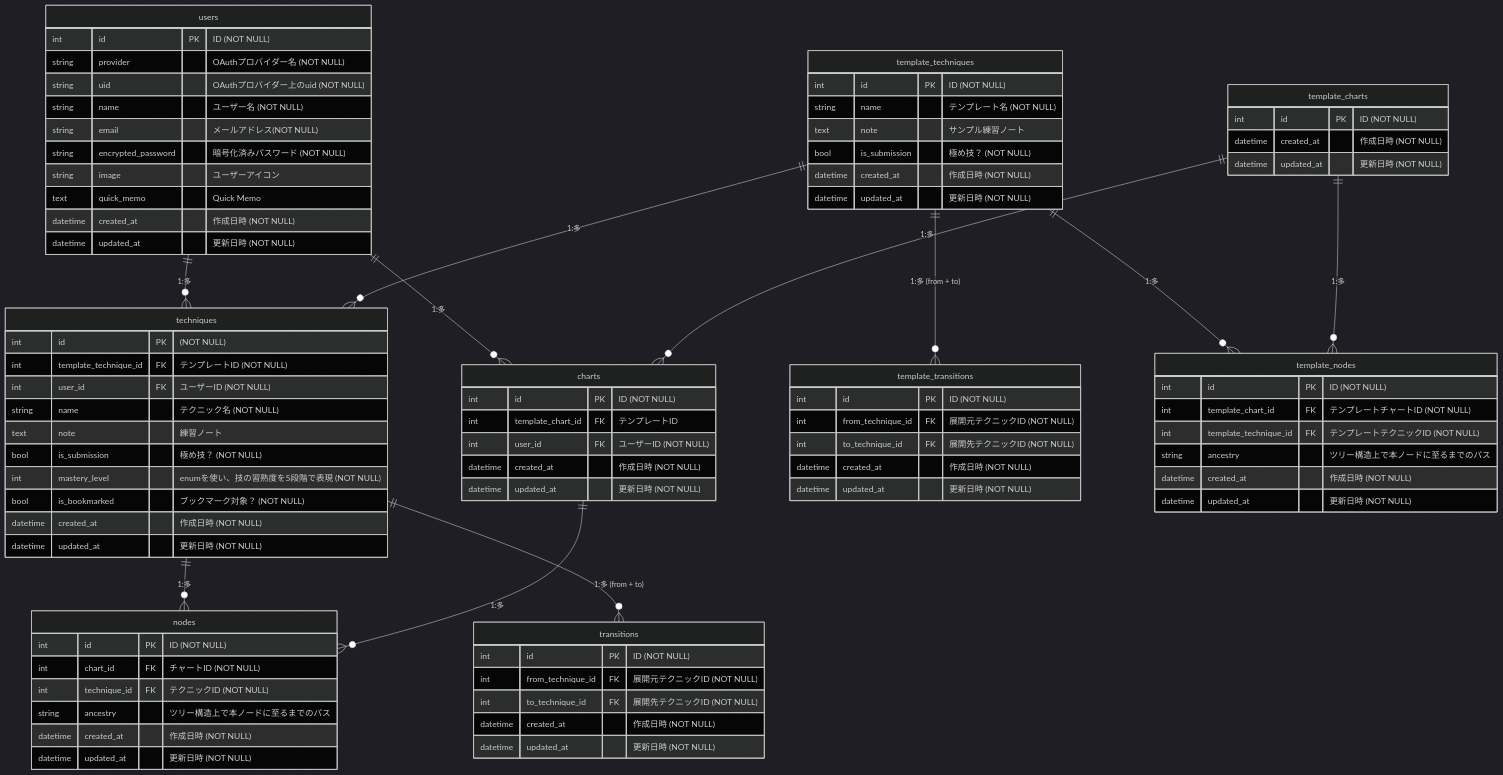
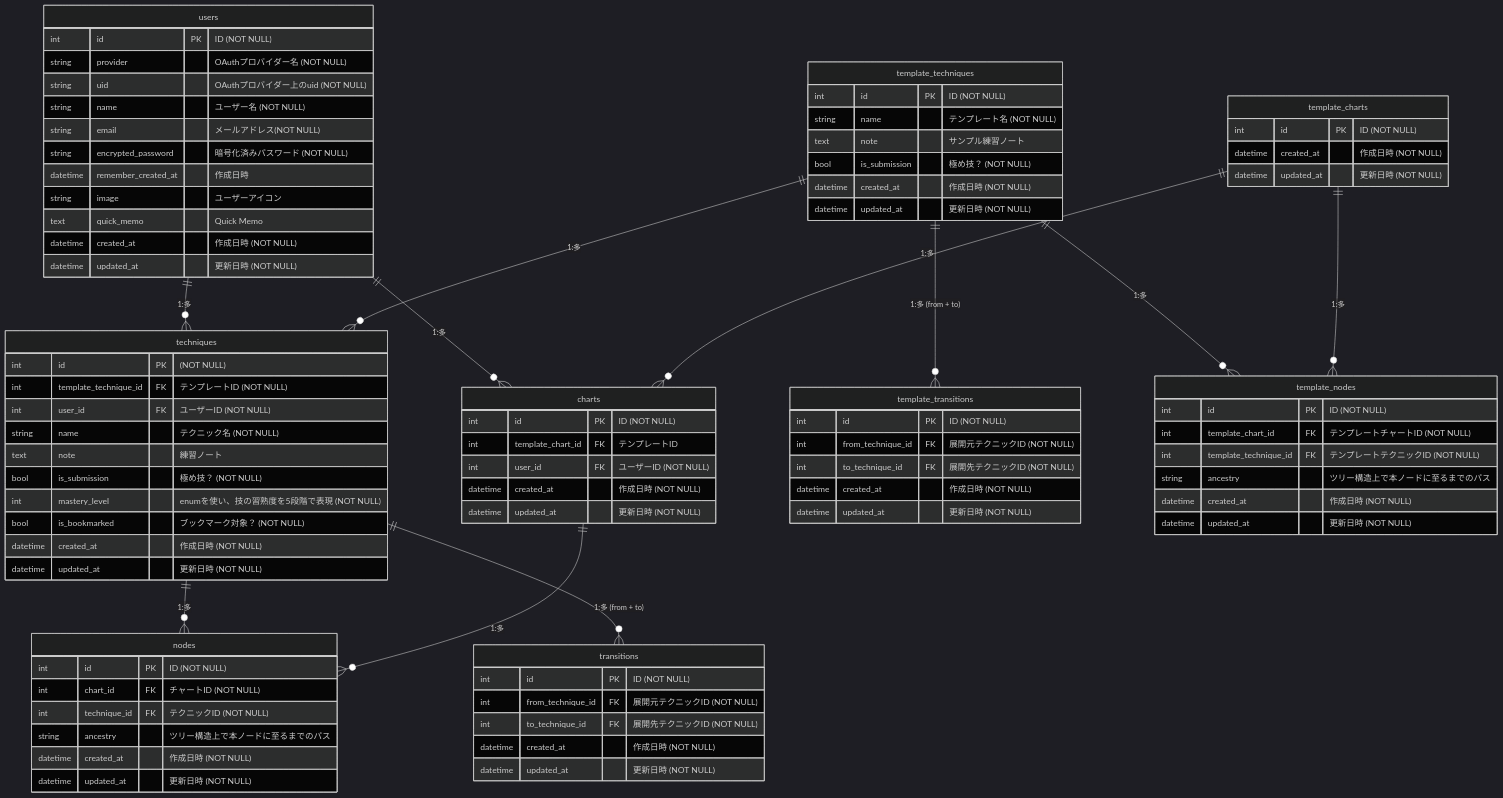
One commit to m-deura/bjj_flow_tracker changed the diagram in README.md. Above: the diagram before and after it, drawn with Mermaid (dark theme). The commit also changed other lines of this file, not shown here.

Commit message:
update: 機能の実装方針＋ER図を更新

```diff
--- a/README.md
+++ b/README.md
@@ -99,6 +99,7 @@
     string name "ユーザー名 (NOT NULL)"
     string email "メールアドレス(NOT NULL)"
     string encrypted_password "暗号化済みパスワード (NOT NULL)"
+    datetime remember_created_at "作成日時"
     string image "ユーザーアイコン"
     text quick_memo "Quick Memo"
     datetime created_at "作成日時 (NOT NULL)"
```
